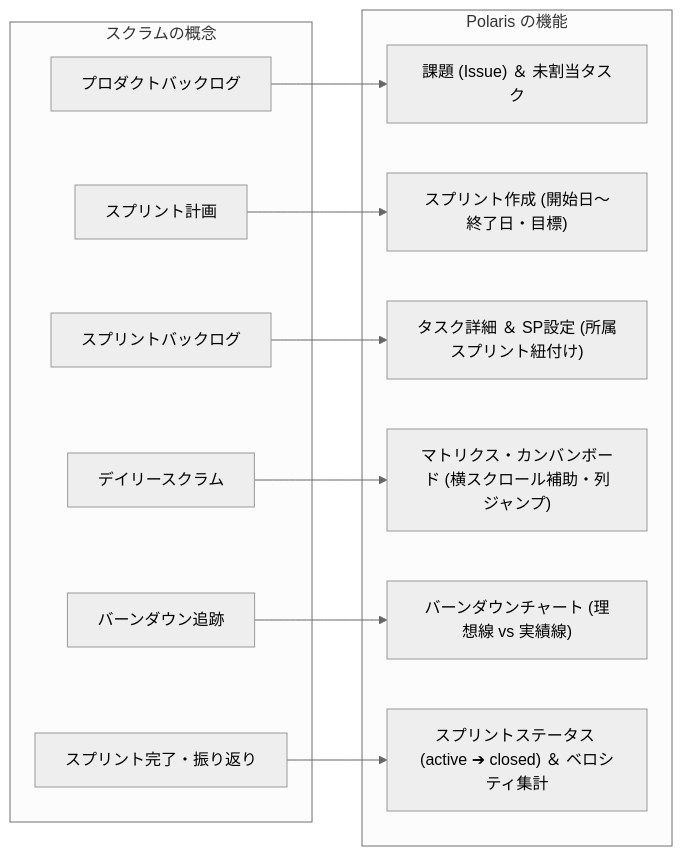
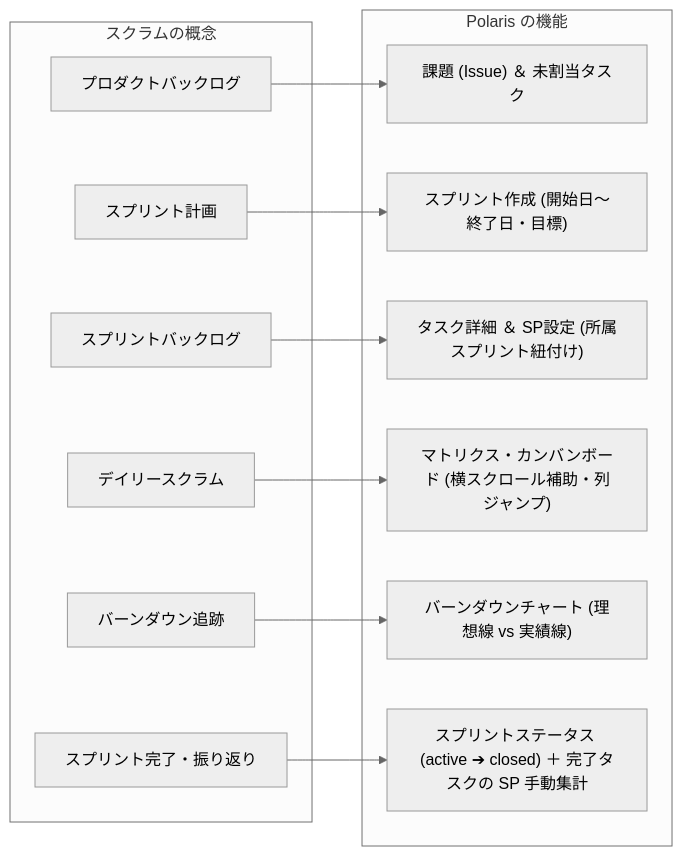
The first of 2 diagrams in docs/scrum_starter_guide.md (takayoshi-u/polaris), drawn with Mermaid (neutral theme) before and after one commit. The commit also changed other lines of this file, not shown here.

````diff
--- a/docs/scrum_starter_guide.md
+++ b/docs/scrum_starter_guide.md
@@ -22,27 +22,27 @@
 ```mermaid
 flowchart LR
     subgraph Scrum["スクラムの概念"]
         PB["プロダクトバックログ"]
         SP["スプリント計画"]
         SB["スプリントバックログ"]
         DS["デイリースクラム"]
         BD["バーンダウン追跡"]
         SR["スプリント完了・振り返り"]
     end
 
     subgraph Polaris["Polaris の機能"]
         ISSUE["課題 (Issue) ＆ 未割当タスク"]
         SPRINT_MODAL["スプリント作成 (開始日〜終了日・目標)"]
         TASK_ASSIGN["タスク詳細 ＆ SP設定 (所属スプリント紐付け)"]
         KANBAN["マトリクス・カンバンボード (横スクロール補助・列ジャンプ)"]
         BURNDOWN["バーンダウンチャート (理想線 vs 実績線)"]
-        VELOCITY["スプリントステータス (active ➔ closed) ＆ ベロシティ集計"]
+        VELOCITY["スプリントステータス (active ➔ closed) ＋ 完了タスクの SP 手動集計"]
     end
 
     PB --> ISSUE
     SP --> SPRINT_MODAL
     SB --> TASK_ASSIGN
     DS --> KANBAN
     BD --> BURNDOWN
     SR --> VELOCITY
 ```
````
